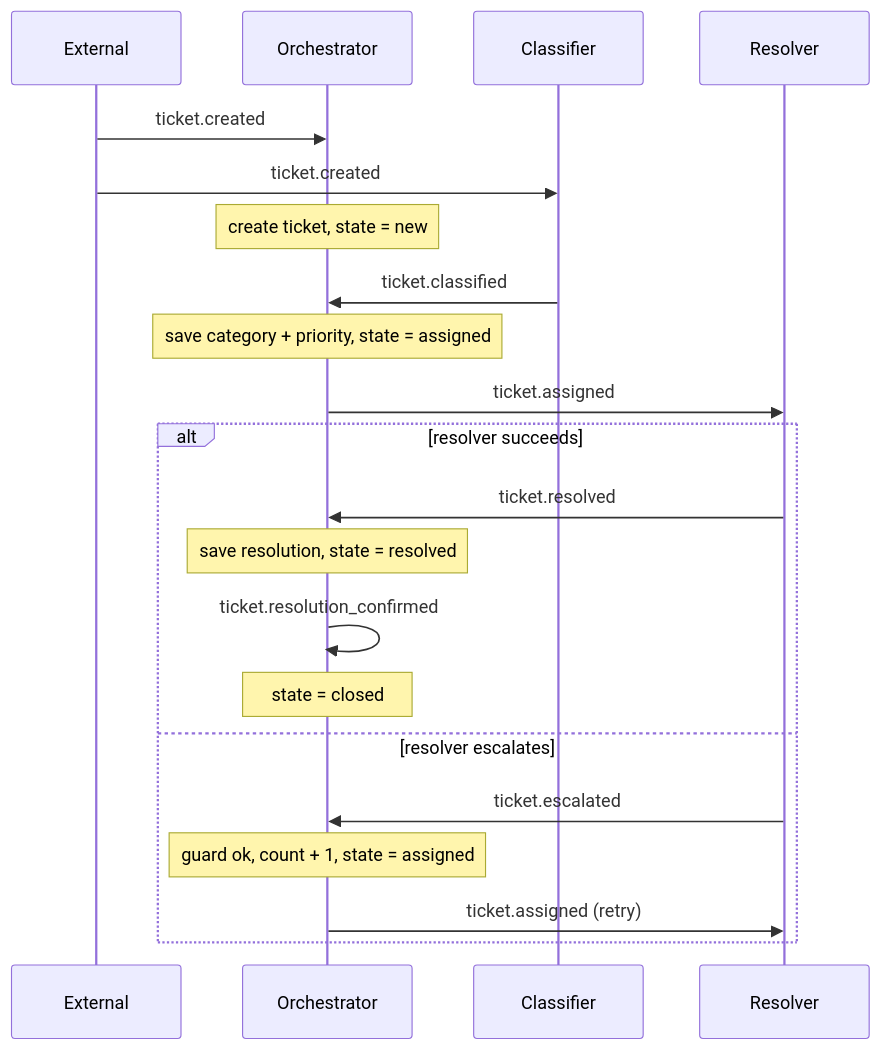
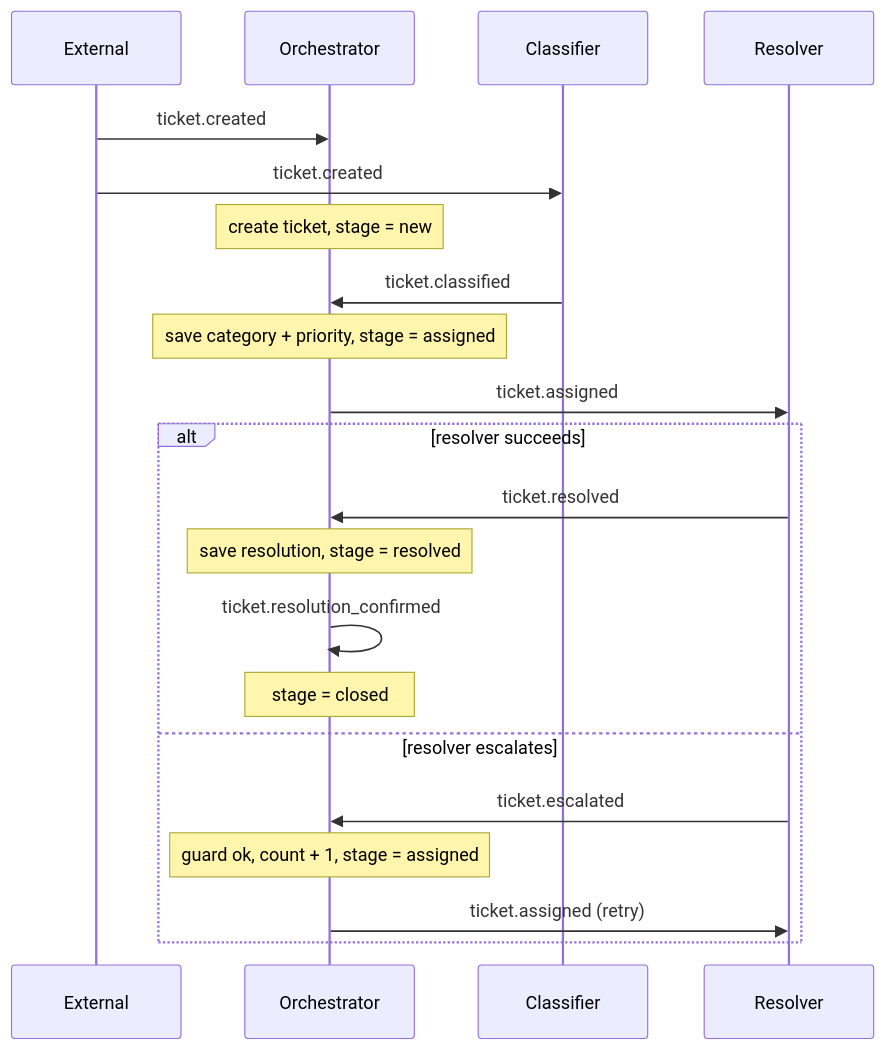
One commit to division-sh/docs changed the diagram in build/first-flow.mdx. Above: the diagram before and after it, drawn with Mermaid. The commit also changed other lines of this file, not shown here.

First line of the commit message:
docs: first-flow prose fully migrated to stage vocabulary (diagram notes, stages paragraph)

````diff
--- a/build/first-flow.mdx
+++ b/build/first-flow.mdx
@@ -43,23 +43,23 @@
 ```mermaid
 sequenceDiagram
     participant Ext as External
     participant O as Orchestrator
     participant C as Classifier
     participant R as Resolver
     Ext->>O: ticket.created
     Ext->>C: ticket.created
-    Note over O: create ticket, state = new
+    Note over O: create ticket, stage = new
     C->>O: ticket.classified
-    Note over O: save category + priority, state = assigned
+    Note over O: save category + priority, stage = assigned
     O->>R: ticket.assigned
     alt resolver succeeds
         R->>O: ticket.resolved
-        Note over O: save resolution, state = resolved
+        Note over O: save resolution, stage = resolved
         O->>O: ticket.resolution_confirmed
-        Note over O: state = closed
+        Note over O: stage = closed
     else resolver escalates
         R->>O: ticket.escalated
-        Note over O: guard ok, count + 1, state = assigned
+        Note over O: guard ok, count + 1, stage = assigned
         O->>R: ticket.assigned (retry)
     end
 ```
````
